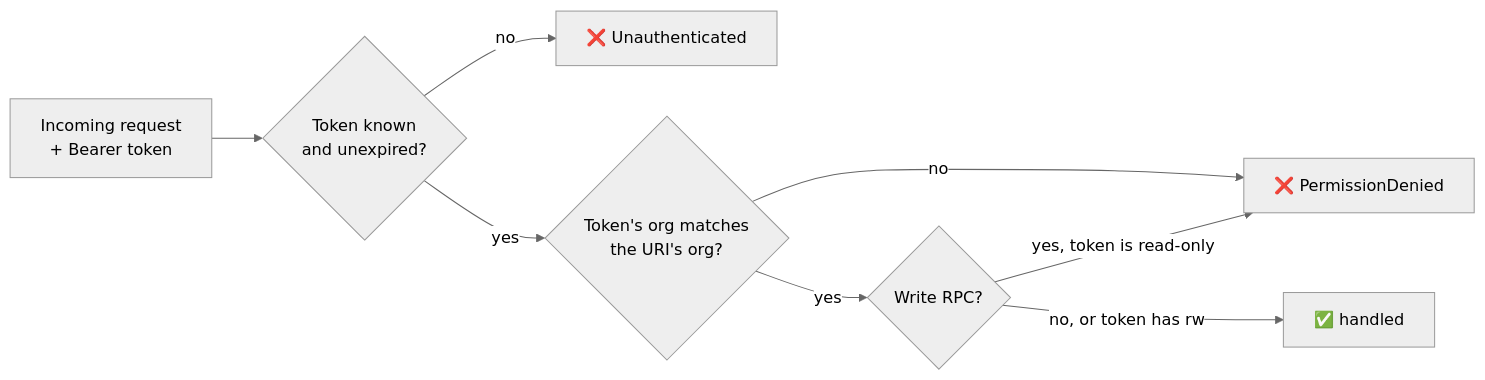
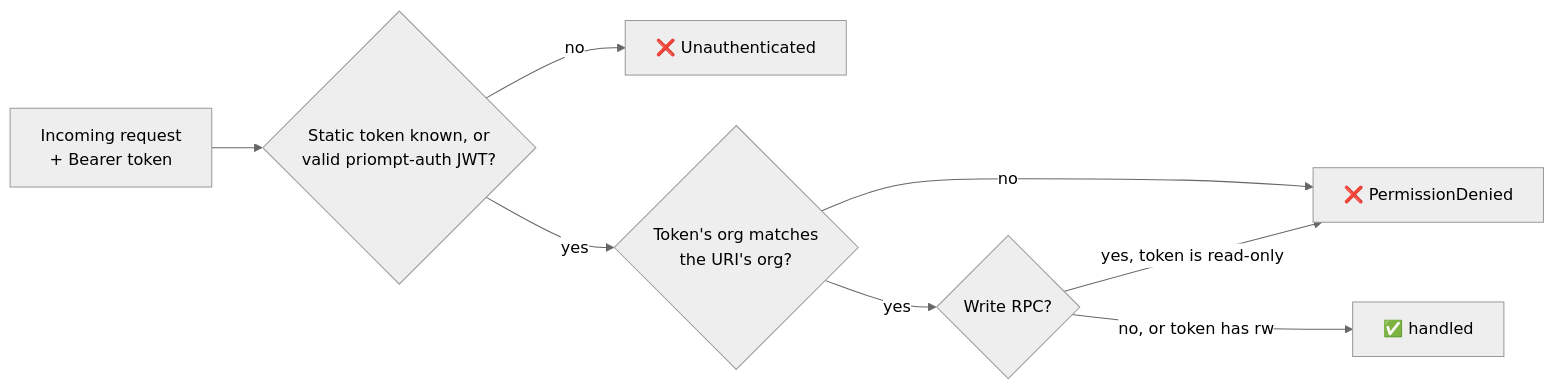
One commit to priompt/priompt changed the fifth of 7 diagrams in README.md. Above: the diagram before and after it, drawn with Mermaid (neutral theme). The commit also changed other lines of this file and 8 other files, not shown here.

````diff
--- a/README.md
+++ b/README.md
@@ -465,10 +467,10 @@
 ```mermaid
 flowchart LR
-    R["Incoming request<br/>+ Bearer token"] --> T{"Token known<br/>and unexpired?"}
+    R["Incoming request<br/>+ Bearer token"] --> T{"Static token known, or<br/>valid priompt-auth JWT?"}
     T -- no --> U["❌ Unauthenticated"]
     T -- yes --> O{"Token's org matches<br/>the URI's org?"}
     O -- no --> P["❌ PermissionDenied"]
     O -- yes --> W{"Write RPC?"}
     W -- "yes, token is read-only" --> P
     W -- "no, or token has rw" --> OK["✅ handled"]
 ```
````
